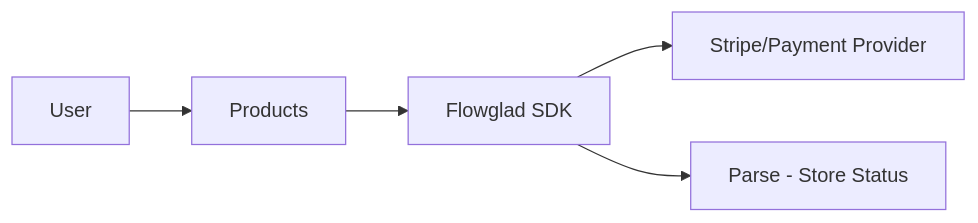
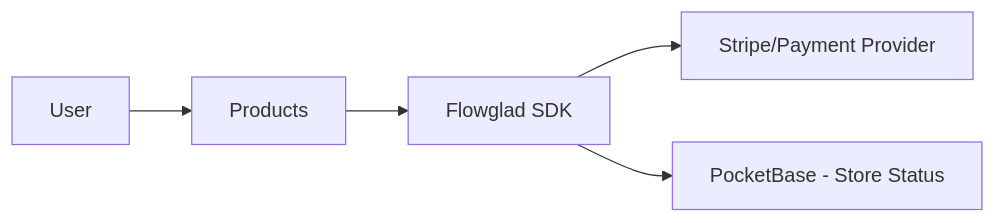
One commit to dirm02/bloggista changed the sixth of 13 diagrams in expansion.md. Above: the diagram before and after it, drawn with Mermaid. The commit also changed other lines of this file, not shown here.

````diff
--- a/expansion.md
+++ b/expansion.md
@@ -239,7 +219,7 @@
 ```mermaid
 flowchart LR
     User[User] --> Products[Products]
     Products --> Flowglad[Flowglad SDK]
     Flowglad --> Stripe[Stripe/Payment Provider]
-    Flowglad --> Parse[Parse - Store Status]
+    Flowglad --> PocketBase[PocketBase - Store Status]
 ```
````
